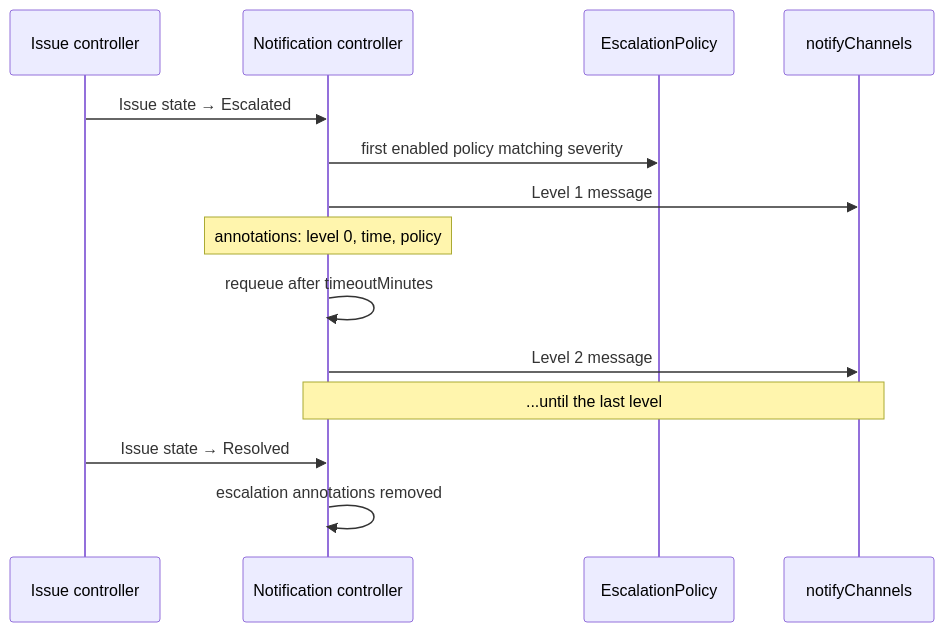
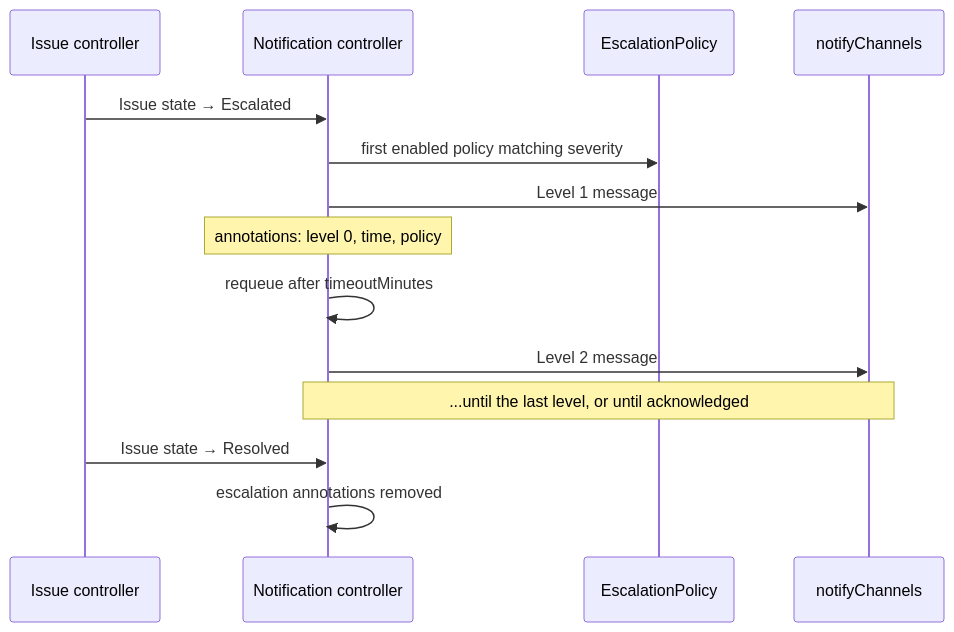
One commit to diillson/chatcli.ai changed the second of 2 diagrams in features/aiops/notifications.mdx. Above: the diagram before and after it, drawn with Mermaid. The commit also changed other lines of this file and 105 other files, not shown here.

````diff
--- a/features/aiops/notifications.mdx
+++ b/features/aiops/notifications.mdx
@@ -627,17 +627,17 @@
 ```mermaid
 sequenceDiagram
     participant IC as Issue controller
     participant NC as Notification controller
     participant EP as EscalationPolicy
     participant CH as notifyChannels
 
     IC->>NC: Issue state → Escalated
     NC->>EP: first enabled policy matching severity
     NC->>CH: Level 1 message
     Note over NC: annotations: level 0, time, policy
     NC->>NC: requeue after timeoutMinutes
     NC->>CH: Level 2 message
-    Note over NC,CH: ...until the last level
+    Note over NC,CH: ...until the last level, or until acknowledged
     IC->>NC: Issue state → Resolved
     NC->>NC: escalation annotations removed
 ```
````
